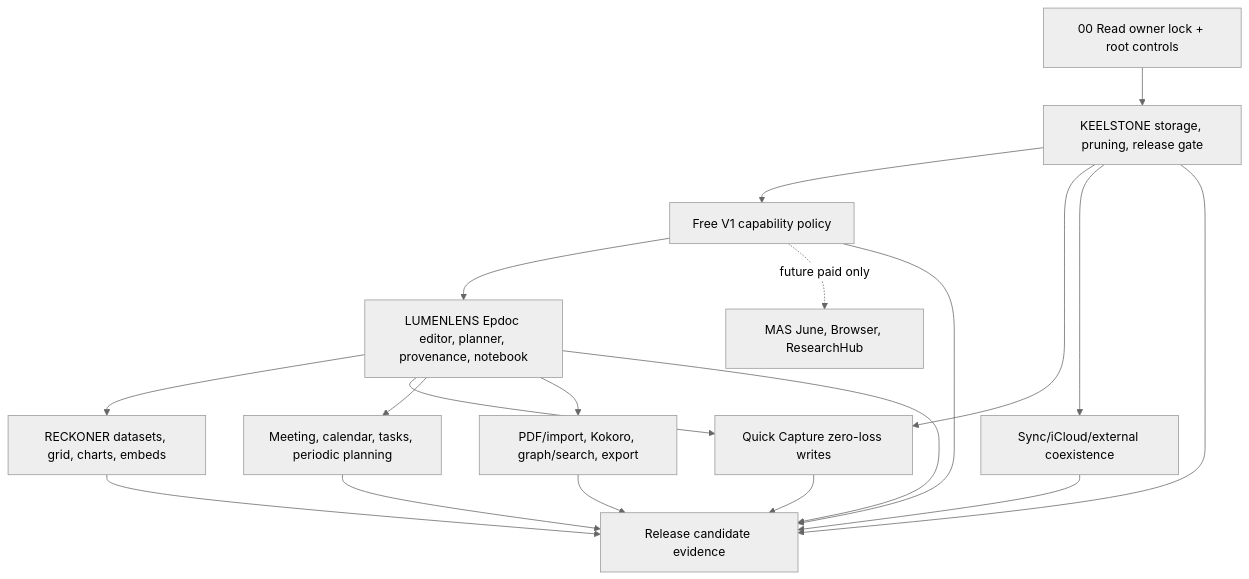
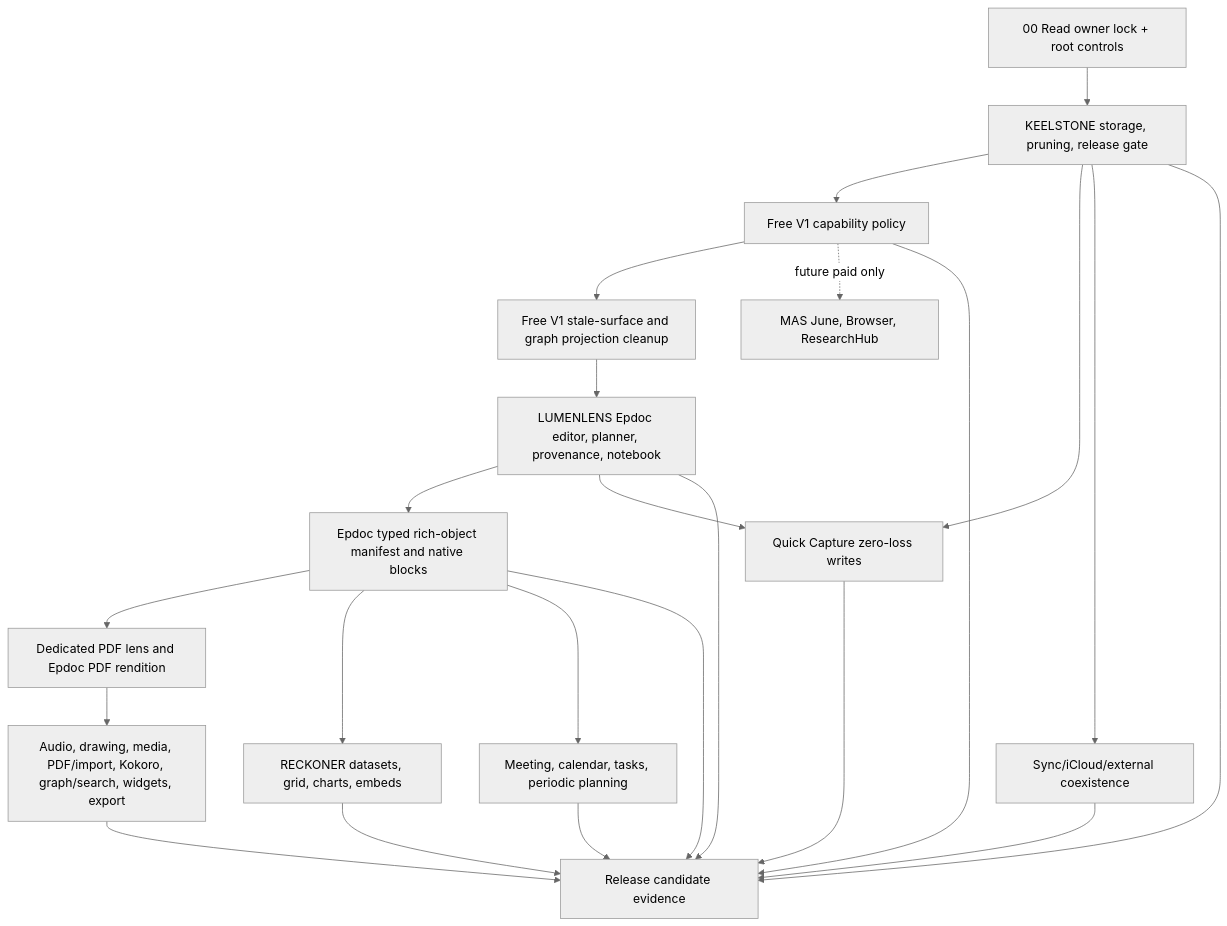
Before and after one commit to BlickandMorty/Epistemos: the diagram in docs/canon/epistemos_mas_master_canon_2026_07_08/02_MASTER_BUILD_ORDER_AND_DEPENDENCY_GRAPH.md, drawn with Mermaid (neutral theme). The commit also changed other lines of this file and 929 other files, not shown here.

````diff
--- a/docs/canon/epistemos_mas_master_canon_2026_07_08/02_MASTER_BUILD_ORDER_AND_DEPENDENCY_GRAPH.md
+++ b/docs/canon/epistemos_mas_master_canon_2026_07_08/02_MASTER_BUILD_ORDER_AND_DEPENDENCY_GRAPH.md
@@ -8,21 +27,25 @@
 ```mermaid
 flowchart TD
   A[00 Read owner lock + root controls] --> B[KEELSTONE storage, pruning, release gate]
   B --> C[Free V1 capability policy]
-  C --> D[LUMENLENS Epdoc editor, planner, provenance, notebook]
-  D --> E[RECKONER datasets, grid, charts, embeds]
+  C --> CS[Free V1 stale-surface and graph projection cleanup]
+  CS --> D[LUMENLENS Epdoc editor, planner, provenance, notebook]
+  D --> DR[Epdoc typed rich-object manifest and native blocks]
+  DR --> DP[Dedicated PDF lens and Epdoc PDF rendition]
+  DR --> E[RECKONER datasets, grid, charts, embeds]
   B --> F[Quick Capture zero-loss writes]
   D --> F
   B --> G[Sync/iCloud/external coexistence]
-  D --> H[Meeting, calendar, tasks, periodic planning]
-  D --> I[PDF/import, Kokoro, graph/search, export]
+  DR --> H[Meeting, calendar, tasks, periodic planning]
+  DP --> I[Audio, drawing, media, PDF/import, Kokoro, graph/search, widgets, export]
   C -. future paid only .-> P[MAS June, Browser, ResearchHub]
   B --> J[Release candidate evidence]
   C --> J
   D --> J
+  DR --> J
   E --> J
   F --> J
   G --> J
   H --> J
   I --> J
 ```
````
